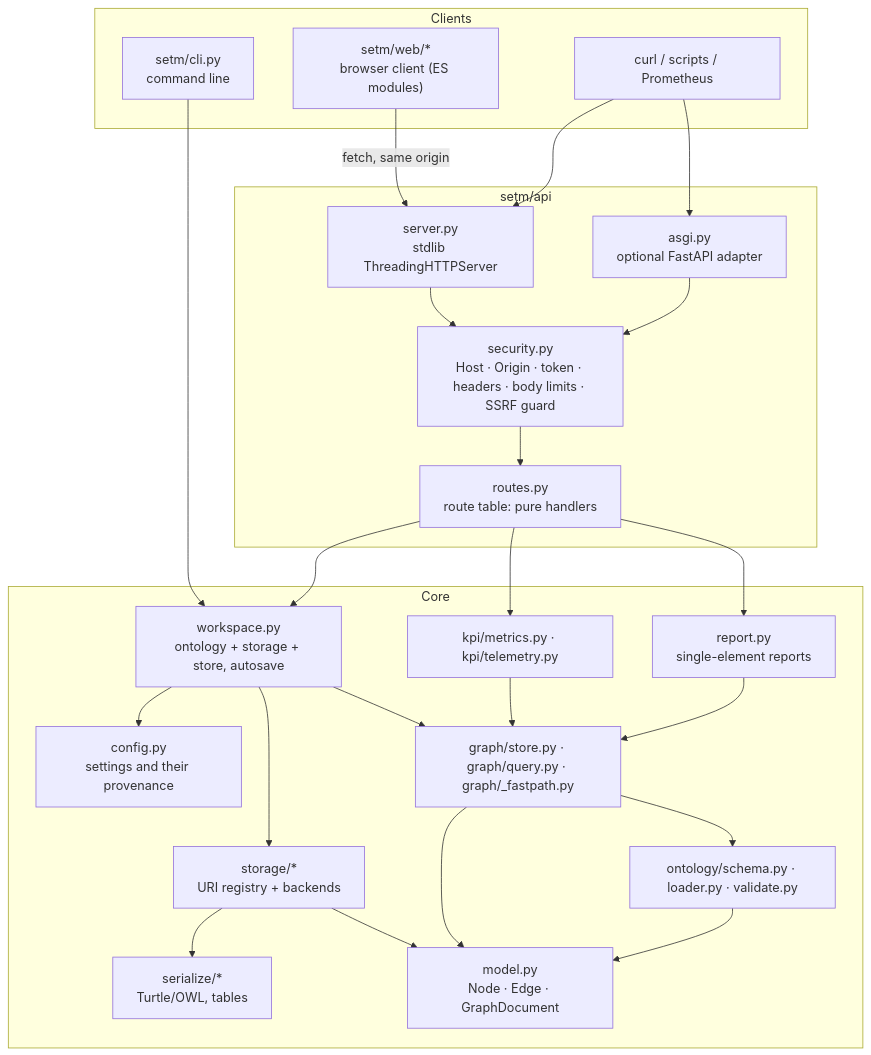
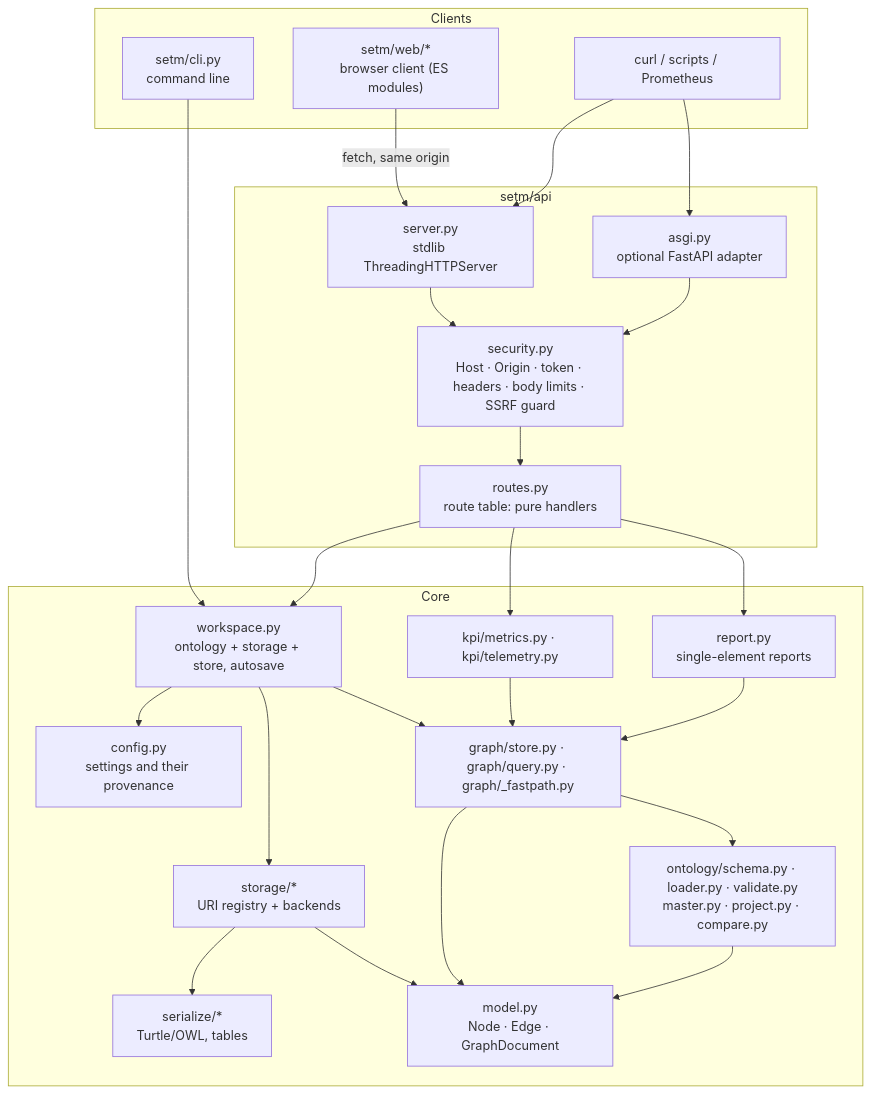
One commit to sudesh309/SETM changed the first of 8 diagrams in docs/ARCHITECTURE.md. Above: the diagram before and after it, drawn with Mermaid. The commit also changed other lines of this file and 32 other files, not shown here.

First line of the commit message:
Clearer UI: start page, Dashboard map, master and project ontologies

````diff
--- a/docs/ARCHITECTURE.md
+++ b/docs/ARCHITECTURE.md
@@ -42,48 +42,48 @@
 ```mermaid
 flowchart TB
     subgraph clients["Clients"]
         web["setm/web/*<br/>browser client (ES modules)"]
         cli["setm/cli.py<br/>command line"]
         ext["curl / scripts / Prometheus"]
     end
 
     subgraph api["setm/api"]
         server["server.py<br/>stdlib ThreadingHTTPServer"]
         asgi["asgi.py<br/>optional FastAPI adapter"]
         security["security.py<br/>Host · Origin · token · headers · body limits · SSRF guard"]
         routes["routes.py<br/>route table: pure handlers"]
     end
 
     subgraph core["Core"]
         workspace["workspace.py<br/>ontology + storage + store, autosave"]
         config["config.py<br/>settings and their provenance"]
         report["report.py<br/>single-element reports"]
         kpi["kpi/metrics.py · kpi/telemetry.py"]
         graphpkg["graph/store.py · graph/query.py · graph/_fastpath.py"]
-        ontology["ontology/schema.py · loader.py · validate.py"]
+        ontology["ontology/schema.py · loader.py · validate.py<br/>master.py · project.py · compare.py"]
         storage["storage/*<br/>URI registry + backends"]
         serialize["serialize/*<br/>Turtle/OWL, tables"]
         model["model.py<br/>Node · Edge · GraphDocument"]
     end
 
     web -->|"fetch, same origin"| server
     ext --> server
     ext --> asgi
     cli --> workspace
     server --> security
     asgi --> security
     security --> routes
     routes --> workspace
     routes --> report
     routes --> kpi
     workspace --> config
     workspace --> graphpkg
     workspace --> storage
     kpi --> graphpkg
     report --> graphpkg
     graphpkg --> ontology
     storage --> serialize
     storage --> model
     graphpkg --> model
     ontology --> model
 ```
````
